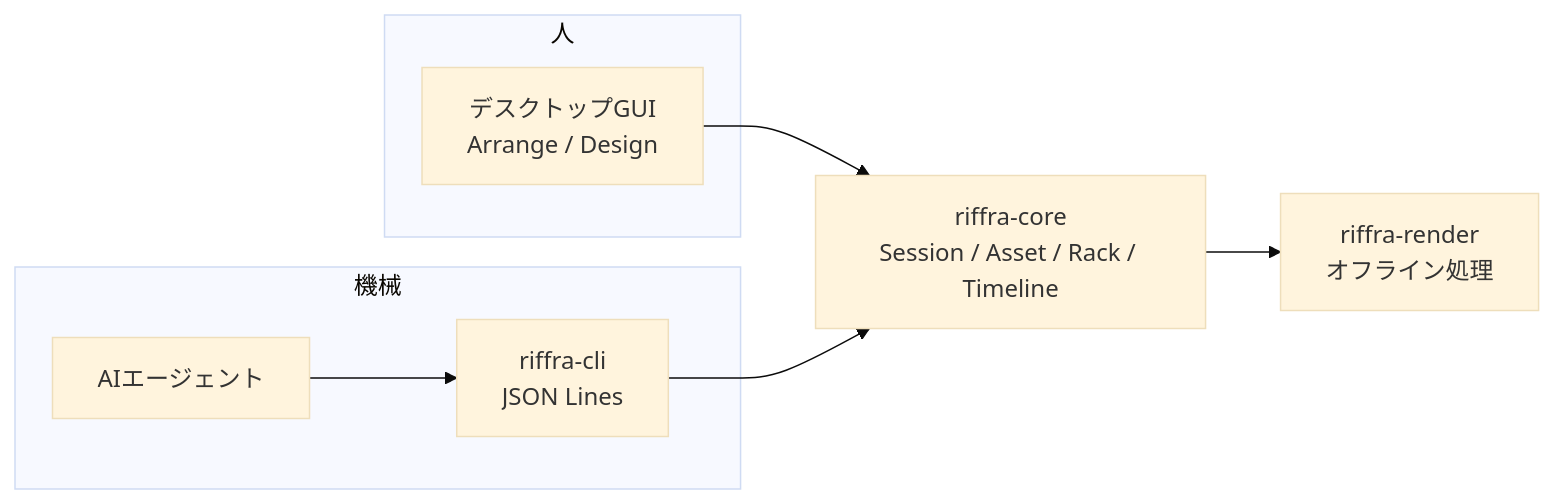
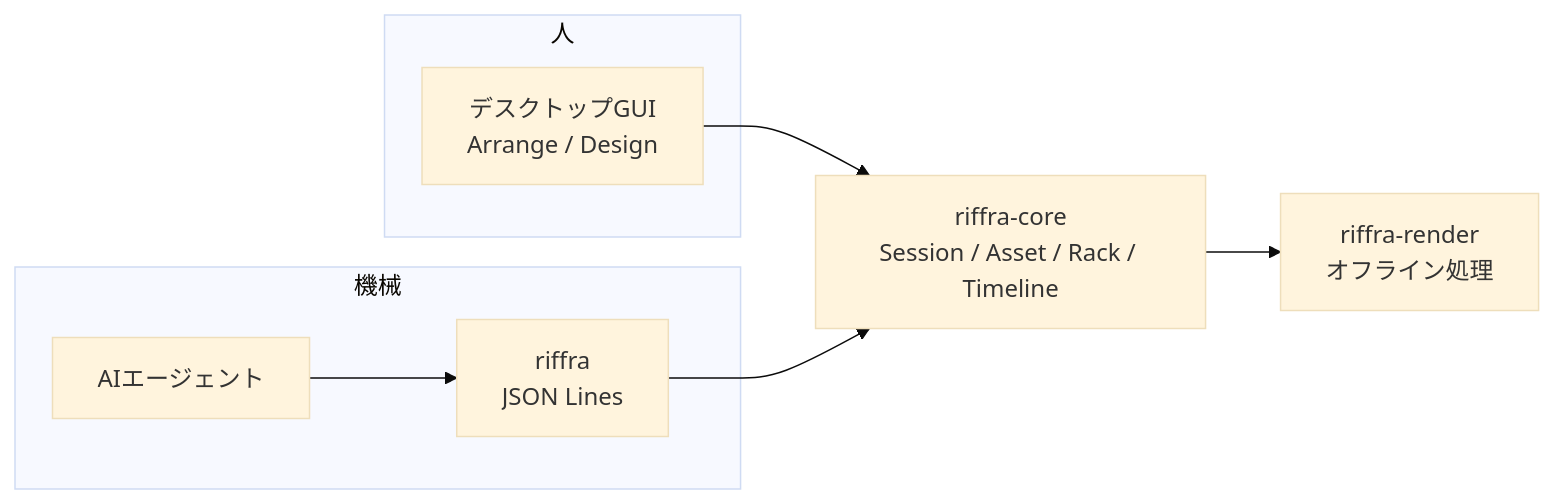
One commit to endo-ly/riffra changed the second of 3 diagrams in docs/CONCEPT.md. Above: the diagram before and after it, drawn with Mermaid (base theme). The commit also changed other lines of this file and 30 other files, not shown here.

````diff
--- a/docs/CONCEPT.md
+++ b/docs/CONCEPT.md
@@ -86,13 +86,13 @@
 ```mermaid
 flowchart LR
     subgraph HUMAN["人"]
         GUI["デスクトップGUI<br/>Arrange / Design"]
     end
     subgraph MACHINE["機械"]
         AGENT["AIエージェント"]
-        CLI["riffra-cli<br/>JSON Lines"]
+        CLI["riffra<br/>JSON Lines"]
     end
     GUI --> CORE["riffra-core<br/>Session / Asset / Rack / Timeline"]
     AGENT --> CLI --> CORE
     CORE --> RENDER["riffra-render<br/>オフライン処理"]
 ```
````
